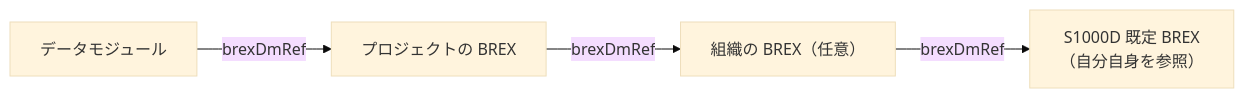
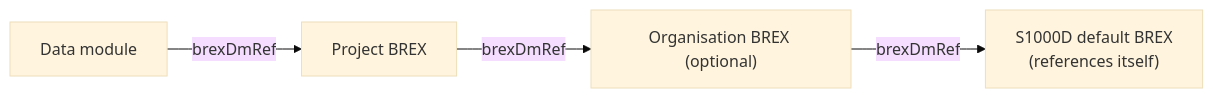
One commit to shuji-bonji/s1000d-stack changed the second of 2 diagrams in site/src/content/docs/guide/brex.md. Above: the diagram before and after it, drawn with Mermaid (base theme). The commit also changed other lines of this file and 35 other files, not shown here.

````diff
--- a/site/src/content/docs/guide/brex.md
+++ b/site/src/content/docs/guide/brex.md
@@ -59,6 +59,6 @@
 ```mermaid
 flowchart LR
-  DM["データモジュール"] -->|brexDmRef| P["プロジェクトの BREX"]
-  P -->|brexDmRef| O["組織の BREX（任意）"]
-  O -->|brexDmRef| D["S1000D 既定 BREX<br/>（自分自身を参照）"]
+  DM["Data module"] -->|brexDmRef| P["Project BREX"]
+  P -->|brexDmRef| O["Organisation BREX (optional)"]
+  O -->|brexDmRef| D["S1000D default BREX<br/>(references itself)"]
 ```
````
